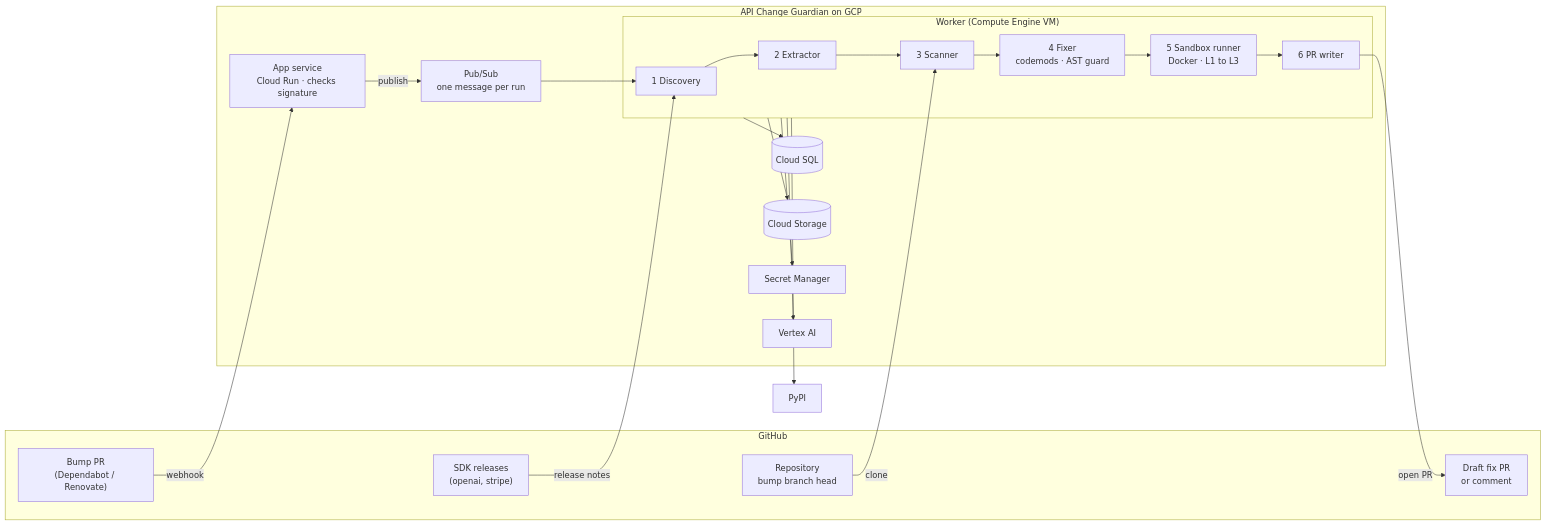
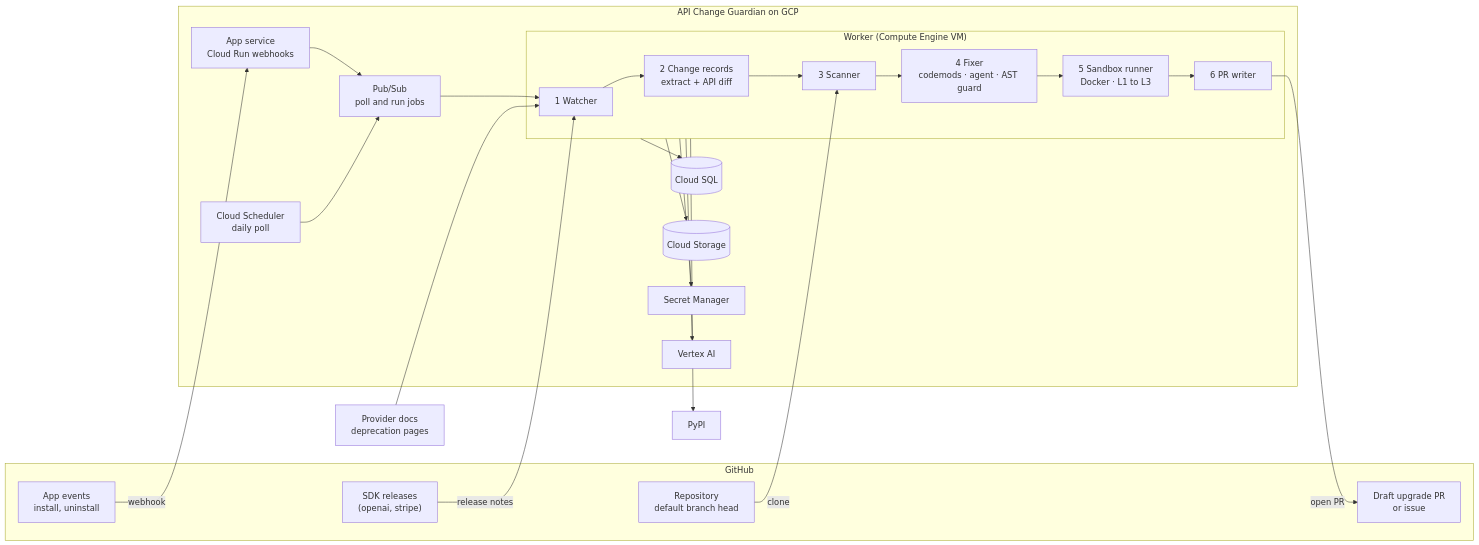
One commit to kavish924/API_agent changed the diagram in README.md. Above: the diagram before and after it, drawn with Mermaid. The commit also changed other lines of this file and 17 other files, not shown here.

````diff
--- a/README.md
+++ b/README.md
@@ -45,34 +62,39 @@
 ```mermaid
 flowchart LR
     subgraph GitHub
-        BUMP["Bump PR<br/>(Dependabot / Renovate)"]
-        REPO["Repository<br/>bump branch head"]
+        EV["App events<br/>install, uninstall"]
+        REPO["Repository<br/>default branch head"]
         REL["SDK releases<br/>(openai, stripe)"]
-        OUT["Draft fix PR<br/>or comment"]
+        OUT["Draft upgrade PR<br/>or issue"]
     end
 
     subgraph GCP["API Change Guardian on GCP"]
-        APP["App service<br/>Cloud Run · checks signature"]
-        Q["Pub/Sub<br/>one message per run"]
+        APP["App service<br/>Cloud Run webhooks"]
+        SCH["Cloud Scheduler<br/>daily poll"]
+        Q["Pub/Sub<br/>poll and run jobs"]
         subgraph VM["Worker (Compute Engine VM)"]
-            D["1 Discovery"] --> E["2 Extractor"] --> S["3 Scanner"]
-            S --> F["4 Fixer<br/>codemods · AST guard"] --> V["5 Sandbox runner<br/>Docker · L1 to L3"] --> W["6 PR writer"]
+            W1["1 Watcher"] --> W2["2 Change records<br/>extract + API diff"] --> W3["3 Scanner"]
+            W3 --> W4["4 Fixer<br/>codemods · agent · AST guard"] --> W5["5 Sandbox runner<br/>Docker · L1 to L3"] --> W6["6 PR writer"]
         end
         SQL[("Cloud SQL")]
         GCS[("Cloud Storage")]
         SM["Secret Manager"]
         VAI["Vertex AI"]
     end
 
     PYPI["PyPI"]
+    DOCS["Provider docs<br/>deprecation pages"]
 
-    BUMP -->|webhook| APP -->|publish| Q --> D
-    REPO -->|clone| S
-    REL -->|release notes| D
-    W -->|open PR| OUT
+    EV -->|webhook| APP --> Q
+    SCH --> Q
+    Q --> W1
+    REL -->|release notes| W1
+    DOCS --> W1
+    REPO -->|clone| W3
+    W6 -->|open PR| OUT
     VM --> SQL
     VM --> GCS
     VM --> SM
     VM --> VAI
     VM --> PYPI
 ```
````
